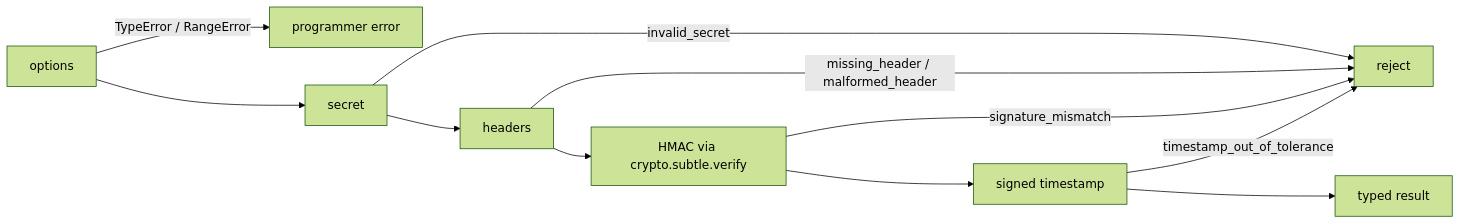
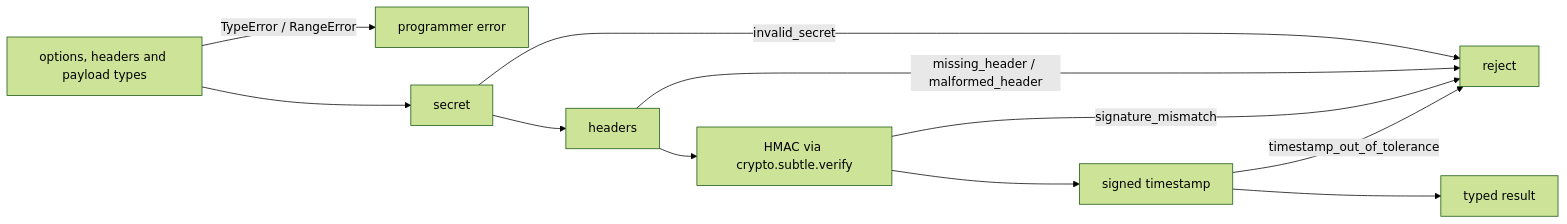
Before and after one commit to aozmekik/webhook-signatures: the diagram in README.md, drawn with Mermaid (forest theme). The commit also changed other lines of this file and 7 other files, not shown here.

````diff
--- a/README.md
+++ b/README.md
@@ -163,9 +187,9 @@
 ```mermaid
 flowchart LR
-  A[options] -->|TypeError / RangeError| X1[programmer error]
+  A[options, headers and payload types] -->|TypeError / RangeError| X1[programmer error]
   A --> B[secret] -->|invalid_secret| X2[reject]
   B --> C[headers] -->|missing_header / malformed_header| X2
   C --> D[HMAC via crypto.subtle.verify] -->|signature_mismatch| X2
   D --> E[signed timestamp] -->|timestamp_out_of_tolerance| X2
   E --> F[typed result]
 ```
````
